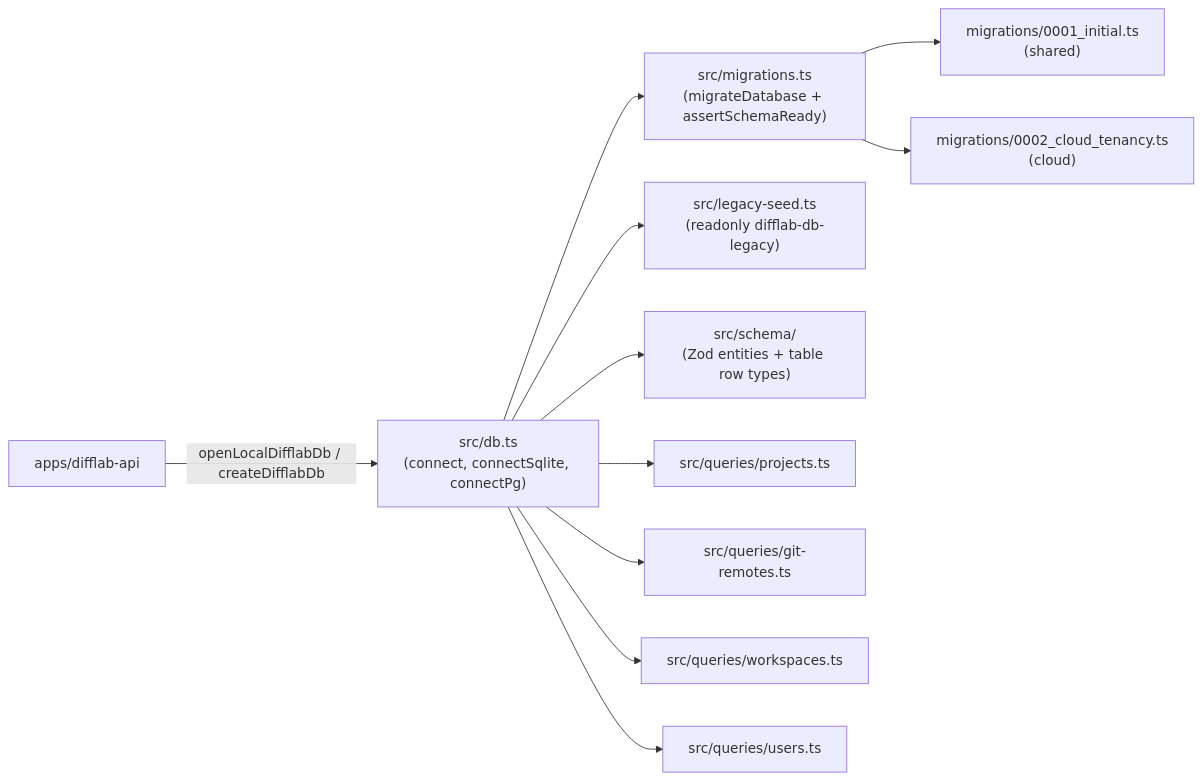
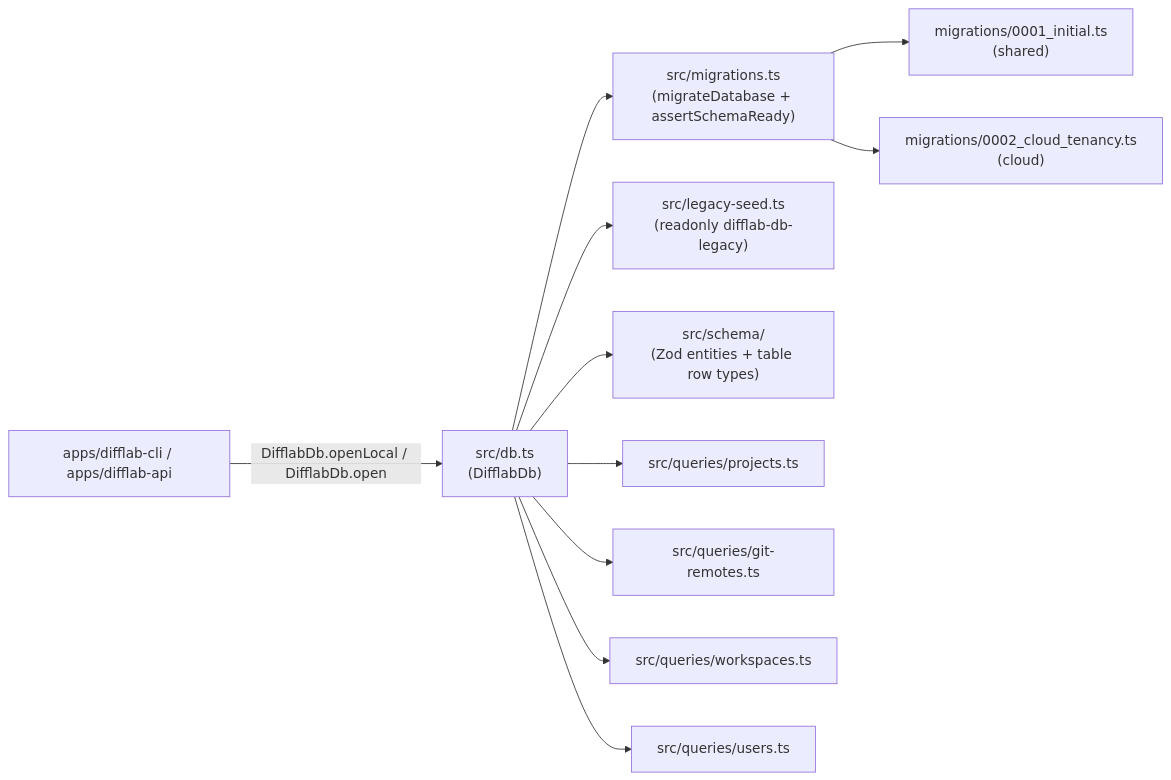
Before and after one commit to difflab-io/difflab: the first of 3 diagrams in docs/architecture/difflab-db/index.md, drawn with Mermaid. The commit also changed other lines of this file and 38 other files, not shown here.

Commit message:
refactor(cli,api): remove local daemon and use direct local SQLite with shared DTO utils

````diff
--- a/docs/architecture/difflab-db/index.md
+++ b/docs/architecture/difflab-db/index.md
@@ -26,13 +26,13 @@
 ```mermaid
 flowchart LR
-  Caller["apps/difflab-api"] -->|"openLocalDifflabDb / createDifflabDb"| DB["src/db.ts<br/>(connect, connectSqlite, connectPg)"]
+  Caller["apps/difflab-cli / apps/difflab-api"] -->|"DifflabDb.openLocal / DifflabDb.open"| DB["src/db.ts<br/>(DifflabDb)"]
   DB --> Mig["src/migrations.ts<br/>(migrateDatabase + assertSchemaReady)"]
   DB --> Seed["src/legacy-seed.ts<br/>(readonly difflab-db-legacy)"]
   DB --> Schema["src/schema/<br/>(Zod entities + table row types)"]
   DB --> PQ["src/queries/projects.ts"]
   DB --> GQ["src/queries/git-remotes.ts"]
   DB --> WQ["src/queries/workspaces.ts"]
   DB --> UQ["src/queries/users.ts"]
   Mig --> M1["migrations/0001_initial.ts<br/>(shared)"]
   Mig --> M2["migrations/0002_cloud_tenancy.ts<br/>(cloud)"]
 ```
````
